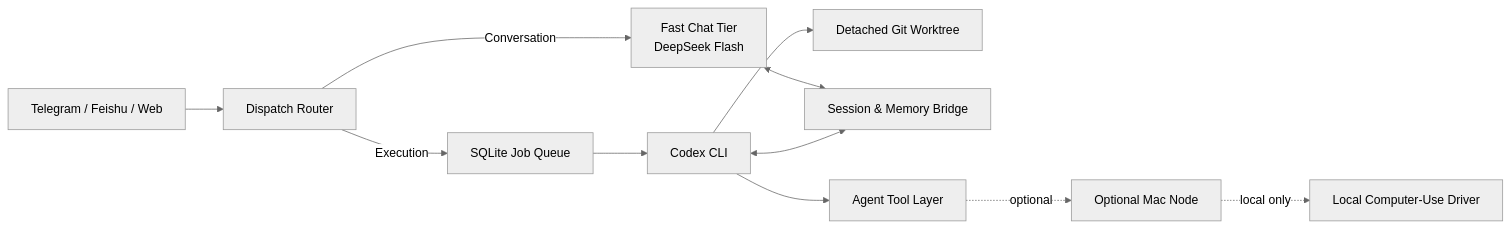
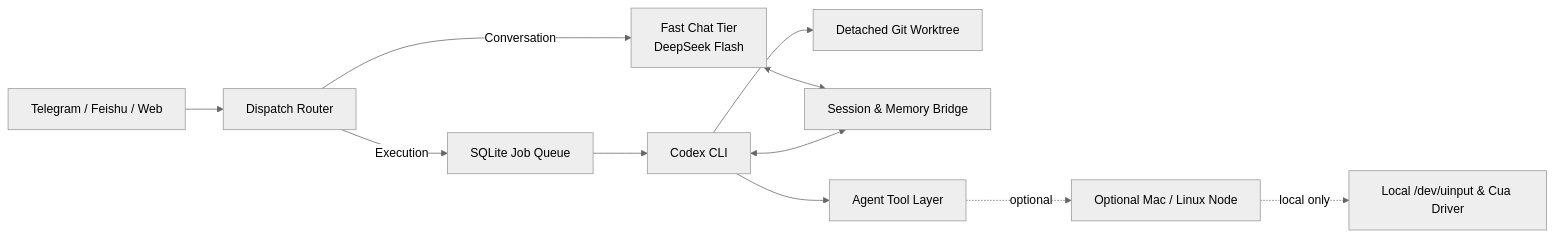
One commit to mammut001/Conveyor changed the diagram in README.md. Above: the diagram before and after it, drawn with Mermaid (neutral theme). The commit also changed other lines of this file and 1 other file, not shown here.

````diff
--- a/README.md
+++ b/README.md
@@ -163,24 +172,24 @@
 ```mermaid
 flowchart LR
     User[Telegram / Feishu / Web]
     Router[Dispatch Router]
     Chat[Fast Chat Tier<br/>DeepSeek Flash]
     Queue[SQLite Job Queue]
     Codex[Codex CLI]
     WT[Detached Git Worktree]
     Bridge[Session & Memory Bridge]
     Tools[Agent Tool Layer]
-    Node[Optional Mac Node]
-    CUA[Local Computer-Use Driver]
+    Node[Optional Mac / Linux Node]
+    CUA[Local /dev/uinput & Cua Driver]
 
     User --> Router
     Router -->|Conversation| Chat
     Router -->|Execution| Queue
     Queue --> Codex
     Codex --> WT
     Codex --> Tools
     Chat <--> Bridge
     Codex <--> Bridge
     Tools -. optional .-> Node
     Node -. local only .-> CUA
 ```
````
